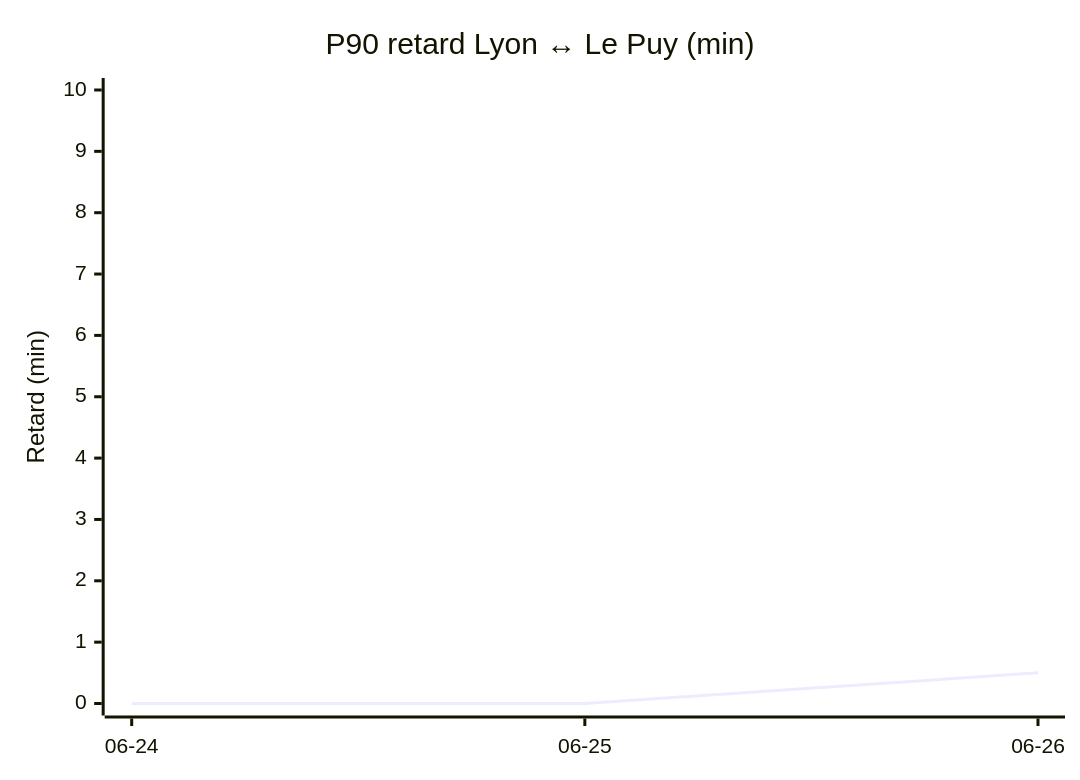
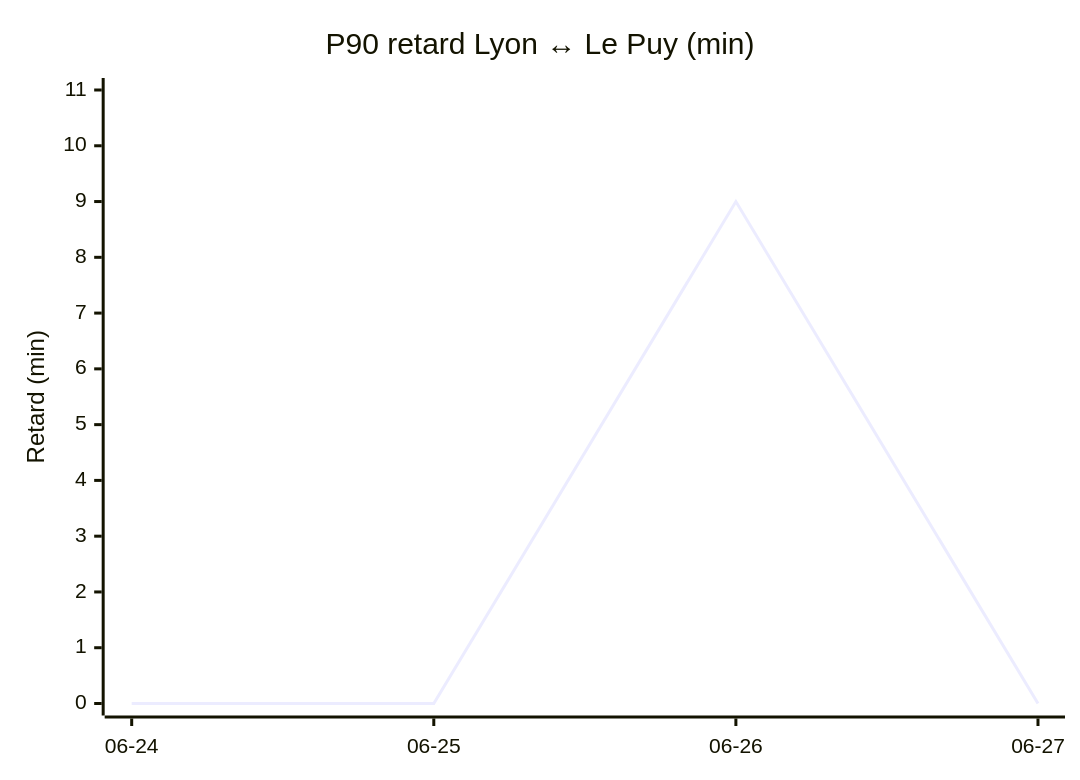
One commit to antoinerep/horaire-ter changed the third of 4 diagrams in STATS.md. Above: the diagram before and after it, drawn with Mermaid. The commit also changed other lines of this file and 1 other file, not shown here.

````diff
--- a/STATS.md
+++ b/STATS.md
@@ -75,7 +76,7 @@
 ```mermaid
 xychart-beta
     title "P90 retard Lyon ↔ Le Puy (min)"
-    x-axis ["06-24", "06-25", "06-26"]
-    y-axis "Retard (min)" 0 --> 10
-    line [0.0, 0.0, 0.5]
+    x-axis ["06-24", "06-25", "06-26", "06-27"]
+    y-axis "Retard (min)" 0 --> 11
+    line [0.0, 0.0, 9.0, 0.0]
 ```
````
